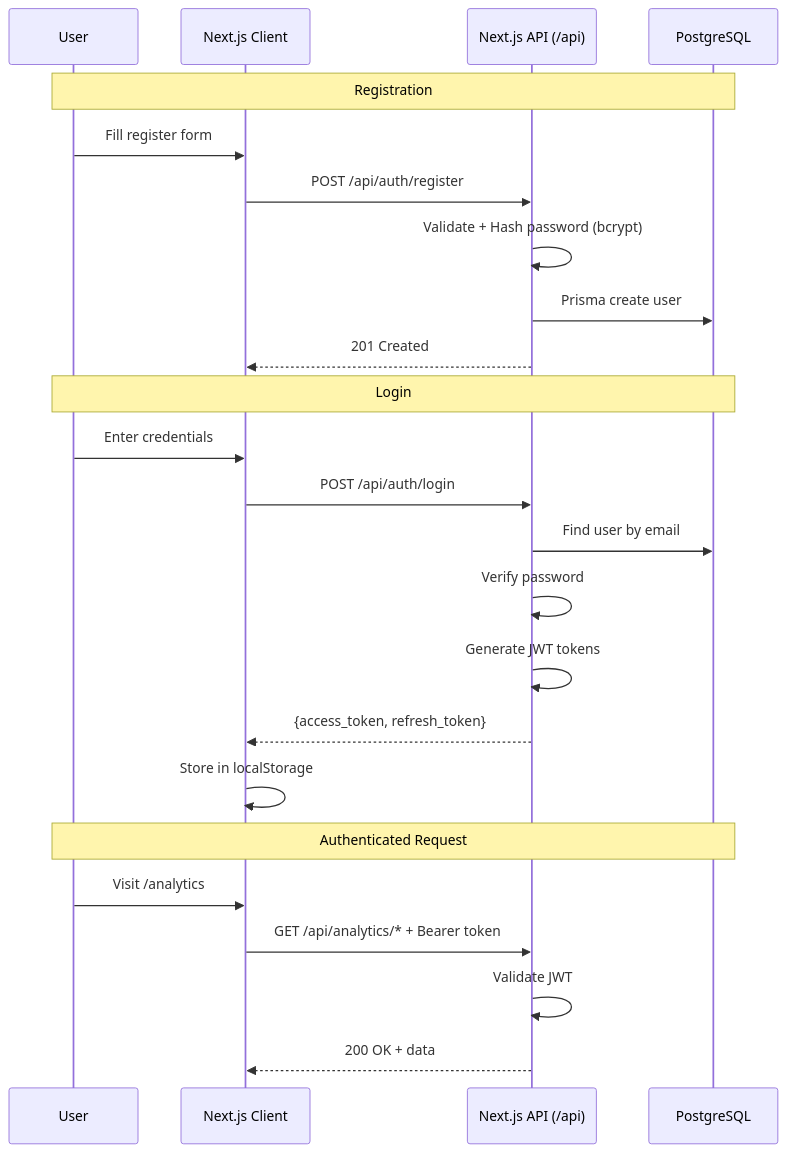
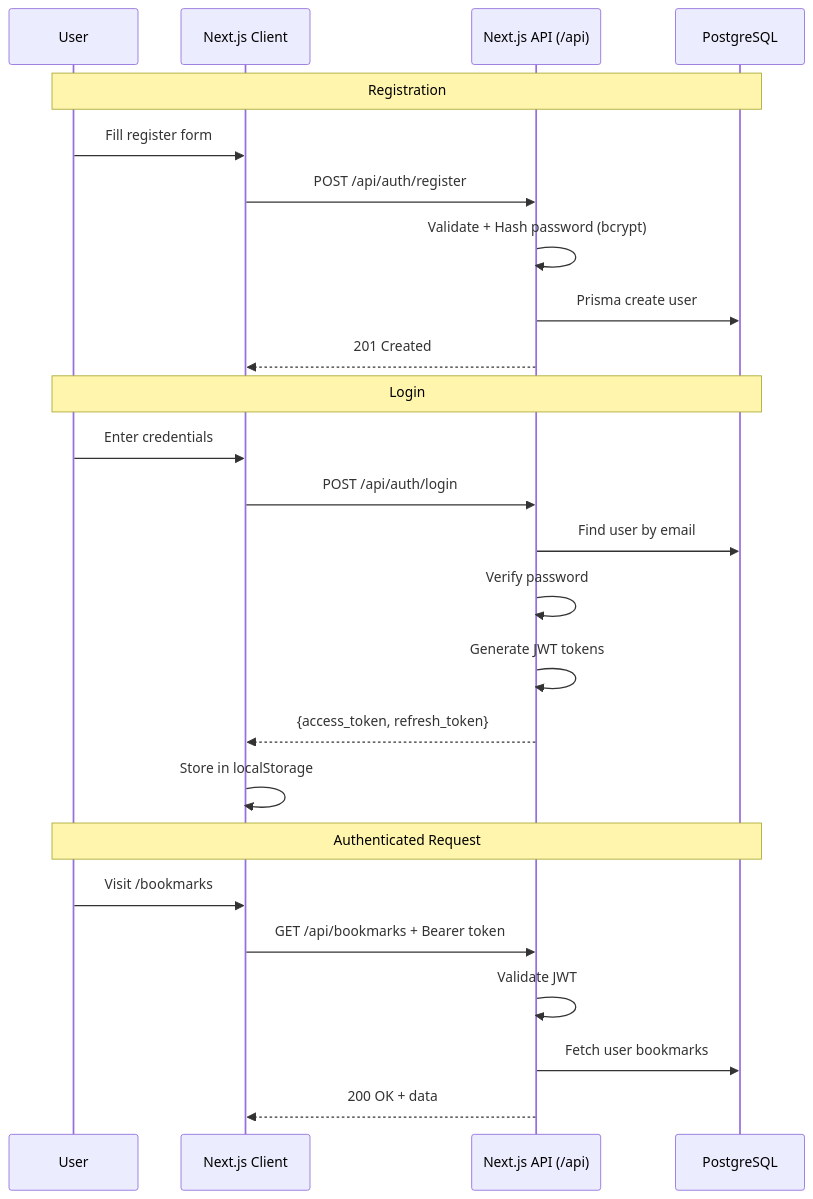
Before and after one commit to krikera/first-issues-platform: the fifth of 6 diagrams in docs/architecture.md, drawn with Mermaid. The commit also changed other lines of this file and 74 other files, not shown here.

````diff
--- a/docs/architecture.md
+++ b/docs/architecture.md
@@ -123,29 +120,30 @@
 ```mermaid
 sequenceDiagram
     participant U as User
     participant F as Next.js Client
     participant A as Next.js API (/api)
     participant DB as PostgreSQL
 
     Note over U,DB: Registration
     U->>F: Fill register form
     F->>A: POST /api/auth/register
     A->>A: Validate + Hash password (bcrypt)
     A->>DB: Prisma create user
     A-->>F: 201 Created
 
     Note over U,DB: Login
     U->>F: Enter credentials
     F->>A: POST /api/auth/login
     A->>DB: Find user by email
     A->>A: Verify password
     A->>A: Generate JWT tokens
     A-->>F: {access_token, refresh_token}
     F->>F: Store in localStorage
 
     Note over U,DB: Authenticated Request
-    U->>F: Visit /analytics
-    F->>A: GET /api/analytics/* + Bearer token
+    U->>F: Visit /bookmarks
+    F->>A: GET /api/bookmarks + Bearer token
     A->>A: Validate JWT
+    A->>DB: Fetch user bookmarks
     A-->>F: 200 OK + data
 ```
````
